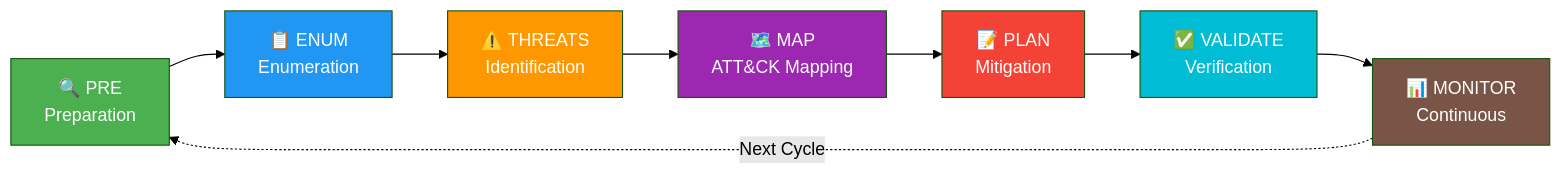
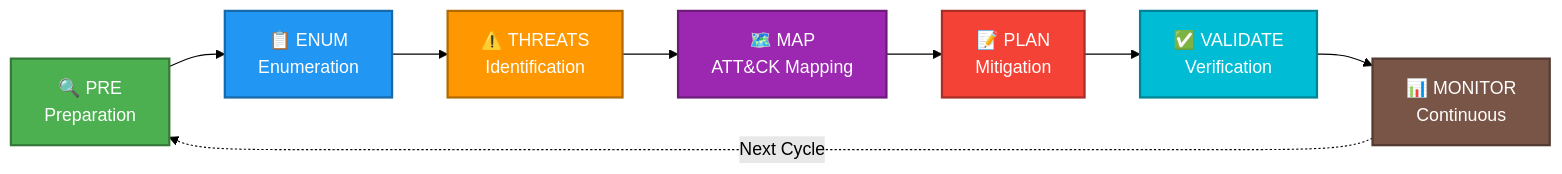
Before and after one commit to Hack23/European-Parliament-MCP-Server: diagram 11 of 21 in THREAT_MODEL.md, drawn with Mermaid (forest theme). The commit also changed other lines of this file and 17 other files, not shown here.

````diff
--- a/THREAT_MODEL.md
+++ b/THREAT_MODEL.md
@@ -1030,25 +1085,32 @@
 ```mermaid
 graph LR
     PRE[🔍 PRE<br/>Preparation] --> ENUM[📋 ENUM<br/>Enumeration]
     ENUM --> THREATS[⚠️ THREATS<br/>Identification]
     THREATS --> MAP[🗺️ MAP<br/>ATT&CK Mapping]
     MAP --> PLAN[📝 PLAN<br/>Mitigation]
     PLAN --> VALIDATE[✅ VALIDATE<br/>Verification]
     VALIDATE --> MONITOR[📊 MONITOR<br/>Continuous]
     MONITOR -.->|Next Cycle| PRE
 
-    style PRE fill:#4CAF50,color:#ffffff
+    style PRE fill:#4CAF50,stroke:#357a38,stroke-width:2px,color:#ffffff
 
-    style ENUM fill:#2196F3,color:#ffffff
 
-    style THREATS fill:#FF9800,color:#ffffff
+    style ENUM fill:#2196F3,stroke:#1769aa,stroke-width:2px,color:#ffffff
 
-    style MAP fill:#9C27B0,color:#ffffff
 
-    style PLAN fill:#F44336,color:#ffffff
+    style THREATS fill:#FF9800,stroke:#b26a00,stroke-width:2px,color:#ffffff
 
-    style VALIDATE fill:#00BCD4,color:#ffffff
 
-    style MONITOR fill:#795548,color:#ffffff
+    style MAP fill:#9C27B0,stroke:#6d1b7b,stroke-width:2px,color:#ffffff
+
+
+    style PLAN fill:#F44336,stroke:#aa2e25,stroke-width:2px,color:#ffffff
+
+
+    style VALIDATE fill:#00BCD4,stroke:#008394,stroke-width:2px,color:#ffffff
+
+
+    style MONITOR fill:#795548,stroke:#543b32,stroke-width:2px,color:#ffffff
+
 
 ```
````
